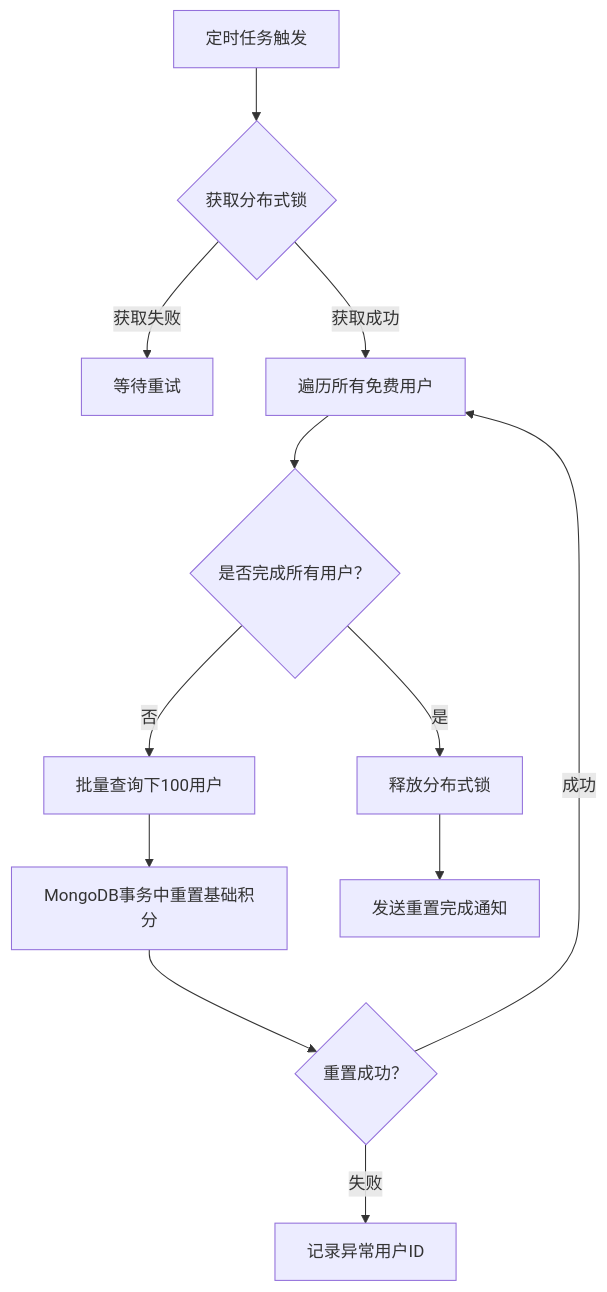
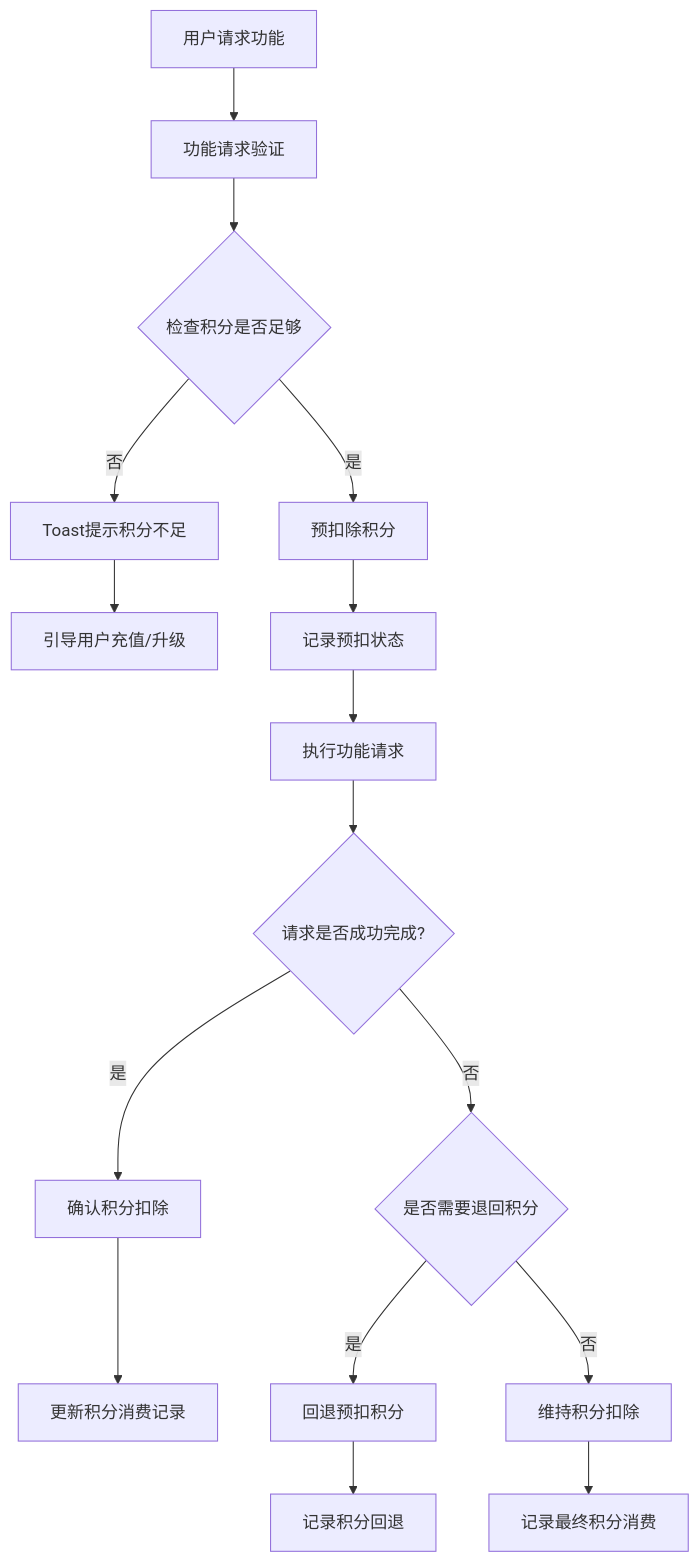
Before and after one commit to yingjianzh/iodraw-files: the diagram in all/未命名-65.md, drawn with Mermaid.

Commit message:
2025-05-22 14:54:21 update

````diff
--- a/all/未命名-65.md
+++ b/all/未命名-65.md
@@ -1,14 +1,18 @@
 ```mermaid
 flowchart TD
-    A[定时任务触发] --> B{获取分布式锁}
-    B -->|获取失败| C[等待重试]
-    B -->|获取成功| D[遍历所有免费用户]
-    D --> E{是否完成所有用户？}
-    E -->|否| F[批量查询下100用户]
-    F --> G[MongoDB事务中重置基础积分]
-    G --> H{重置成功？}
-    H -->|失败| I[记录异常用户ID]
-    H -->|成功| D
-    E -->|是| J[释放分布式锁]
-    J --> K[发送重置完成通知]
+    A[用户请求功能] --> B[功能请求验证]
+    B --> C{检查积分是否足够}
+    C -->|否| D[Toast提示积分不足]
+    D --> E[引导用户充值/升级]
+    C -->|是| F[预扣除积分]
+    F --> G[记录预扣状态]
+    G --> H[执行功能请求]
+    H --> I{请求是否成功完成?}
+    I -->|是| J[确认积分扣除]
+    J --> K[更新积分消费记录]
+    I -->|否| L{是否需要退回积分}
+    L -->|是| M[回退预扣积分]
+    L -->|否| N[维持积分扣除]
+    M --> O[记录积分回退]
+    N --> P[记录最终积分消费]
 ```
````
